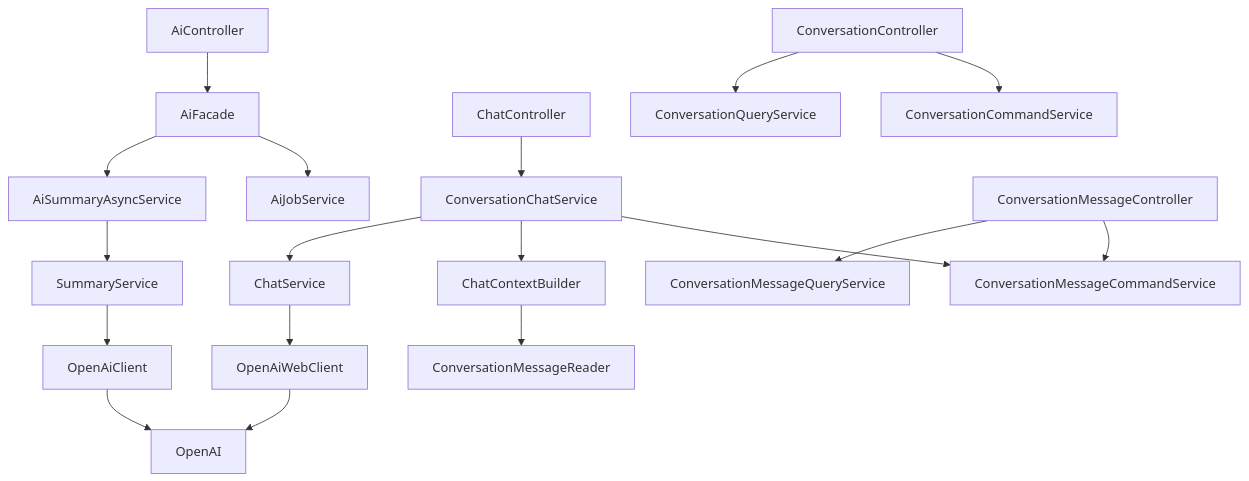
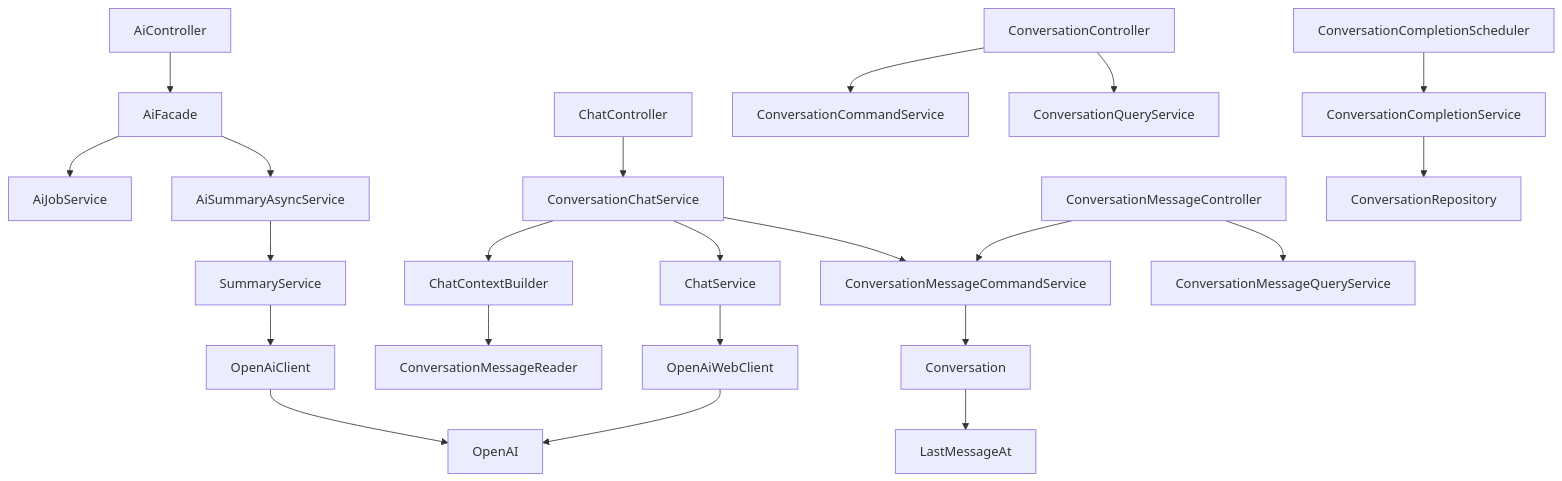
One commit to keunoh/feldbuch changed the third of 5 diagrams in docs/FELDBUCH_DEVELOPMENT_DOCUMENTATION.md. Above: the diagram before and after it, drawn with Mermaid. The commit also changed other lines of this file and 1 other file, not shown here.

````diff
--- a/docs/FELDBUCH_DEVELOPMENT_DOCUMENTATION.md
+++ b/docs/FELDBUCH_DEVELOPMENT_DOCUMENTATION.md
@@ -193,22 +205,26 @@
 ```mermaid
 flowchart TD
     AiController --> AiFacade
     AiFacade --> AiJobService
     AiFacade --> AiSummaryAsyncService
     AiSummaryAsyncService --> SummaryService
     SummaryService --> OpenAiClient
     OpenAiClient --> OpenAI
 
     ChatController --> ConversationChatService
     ConversationChatService --> ConversationMessageCommandService
     ConversationChatService --> ChatContextBuilder
     ConversationChatService --> ChatService
     ChatContextBuilder --> ConversationMessageReader
     ChatService --> OpenAiWebClient
     OpenAiWebClient --> OpenAI
 
     ConversationController --> ConversationCommandService
     ConversationController --> ConversationQueryService
     ConversationMessageController --> ConversationMessageCommandService
     ConversationMessageController --> ConversationMessageQueryService
+    ConversationCompletionScheduler --> ConversationCompletionService
+    ConversationCompletionService --> ConversationRepository
+    ConversationMessageCommandService --> Conversation
+    Conversation --> LastMessageAt
 ```
````
